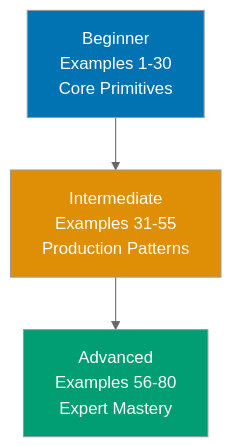
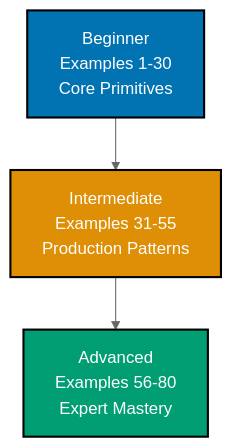
The diagram in apps/ayokoding-web/content/en/learn/software-engineering/platform-web/tools/fe-radix-ui/by-example/overview.md (wahidyankf/open-sharia-enterprise), drawn with Mermaid (neutral theme) before and after one commit. The commit also changed 13 other files, not shown here.

````diff
--- a/apps/ayokoding-web/content/en/learn/software-engineering/platform-web/tools/fe-radix-ui/by-example/overview.md
+++ b/apps/ayokoding-web/content/en/learn/software-engineering/platform-web/tools/fe-radix-ui/by-example/overview.md
@@ -27,10 +27,10 @@
 ```mermaid
 %% Color Palette: Blue #0173B2, Orange #DE8F05, Teal #029E73, Purple #CC78BC, Brown #CA9161
 graph TD
     A["Beginner<br/>Examples 1-30<br/>Core Primitives"] --> B["Intermediate<br/>Examples 31-55<br/>Production Patterns"]
     B --> C["Advanced<br/>Examples 56-80<br/>Expert Mastery"]
 
-    style A fill:#0173B2,color:#fff
-    style B fill:#DE8F05,color:#fff
-    style C fill:#029E73,color:#fff
+    style A fill:#0173B2,stroke:#000000,stroke-width:2px,color:#fff
+    style B fill:#DE8F05,stroke:#000000,stroke-width:2px,color:#fff
+    style C fill:#029E73,stroke:#000000,stroke-width:2px,color:#fff
 ```
````
